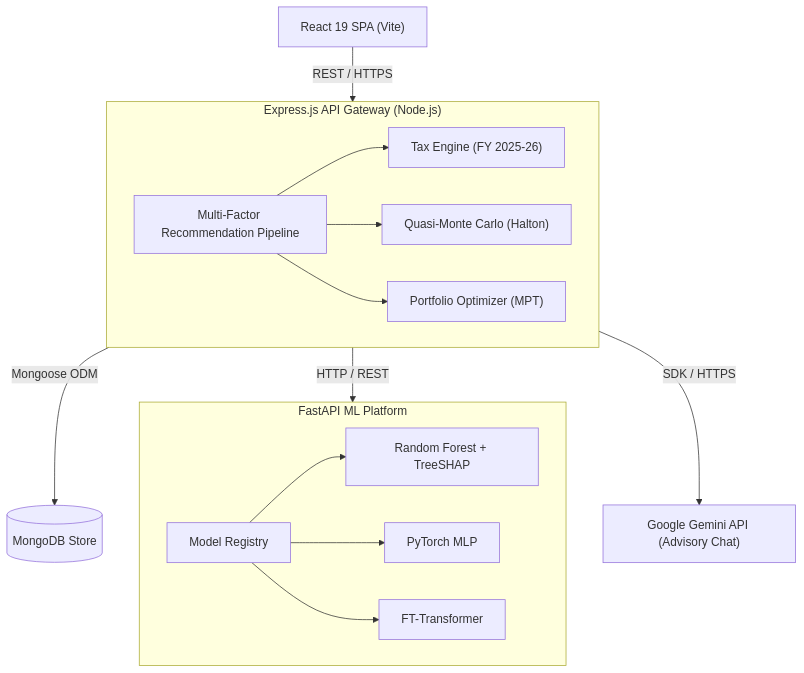
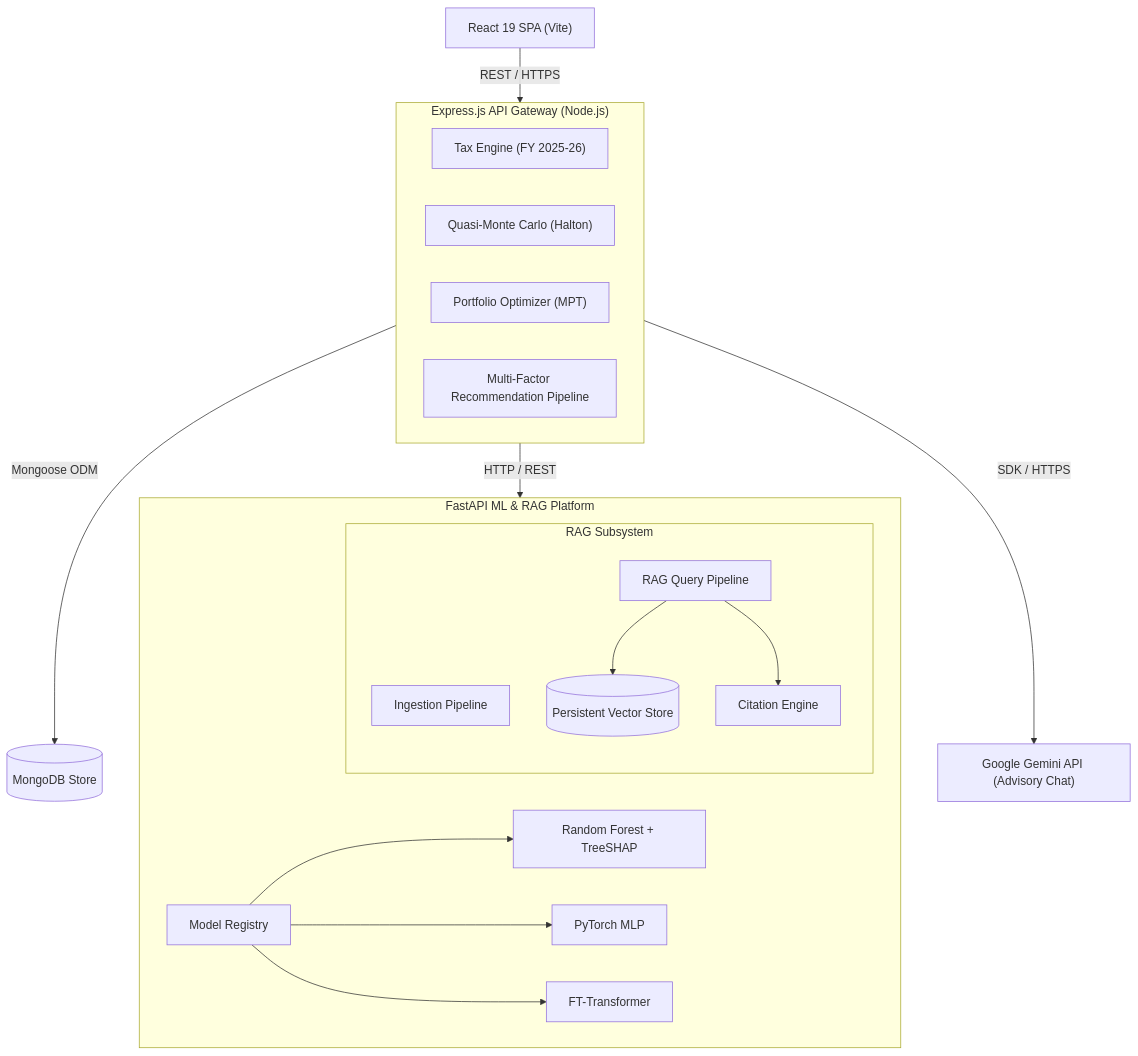
The first of 2 diagrams in README.md (yashaskn8/WealthGenie-AI-Powered-Financial-Advisory-Platform), drawn with Mermaid before and after one commit. The commit also changed other lines of this file and 20 other files, not shown here.

Commit message:
feat(rag-platform): implement production Retrieval-Augmented Generation (RAG) platform with document loaders, vector store, embedding cache, prompt builder, and citation engine

````diff
--- a/README.md
+++ b/README.md
@@ -18,35 +18,41 @@
 ```mermaid
 graph TD
     Client["React 19 SPA (Vite)"]
     
     subgraph Gateway ["Express.js API Gateway (Node.js)"]
         TaxEngine["Tax Engine (FY 2025-26)"]
         QMC["Quasi-Monte Carlo (Halton)"]
         PortfolioOpt["Portfolio Optimizer (MPT)"]
         ScoringPipe["Multi-Factor Recommendation Pipeline"]
     end
     
     DataStore[("MongoDB Store")]
     
-    subgraph MLPlatform ["FastAPI ML Platform"]
+    subgraph MLPlatform ["FastAPI ML & RAG Platform"]
         Registry["Model Registry"]
         RFModel["Random Forest + TreeSHAP"]
         MLPModel["PyTorch MLP"]
         FTTModel["FT-Transformer"]
+        
+        subgraph RAGSubsystem ["RAG Subsystem"]
+            IngestionPipe["Ingestion Pipeline"]
+            VectorStore[("Persistent Vector Store")]
+            RAGPipeline["RAG Query Pipeline"]
+            CitationEng["Citation Engine"]
+        end
     end
     
     GeminiAPI["Google Gemini API (Advisory Chat)"]
 
     Client -->|"REST / HTTPS"| Gateway
     Gateway -->|"Mongoose ODM"| DataStore
     Gateway -->|"HTTP / REST"| MLPlatform
     Gateway -->|"SDK / HTTPS"| GeminiAPI
     
     Registry --> RFModel
     Registry --> MLPModel
     Registry --> FTTModel
     
-    ScoringPipe --> TaxEngine
-    ScoringPipe --> QMC
-    ScoringPipe --> PortfolioOpt
+    RAGPipeline --> VectorStore
+    RAGPipeline --> CitationEng
 ```
````
